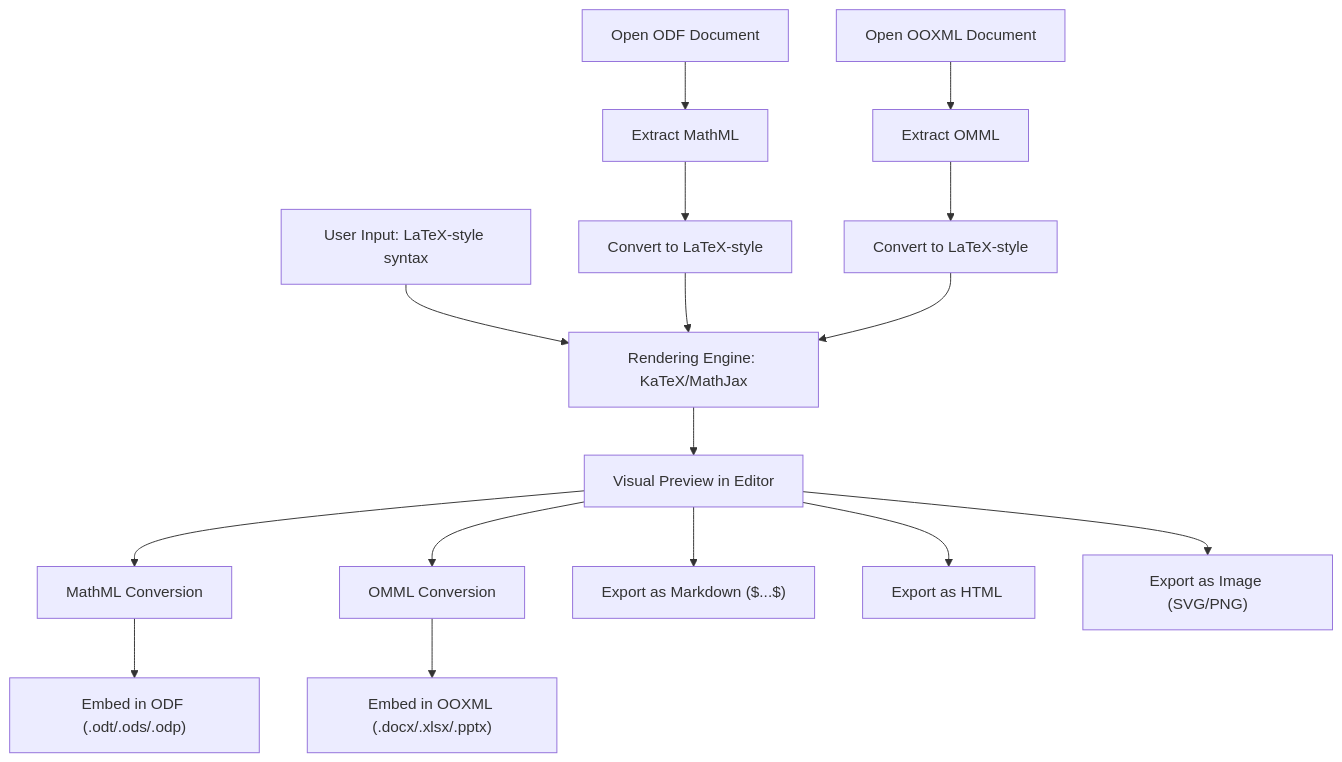
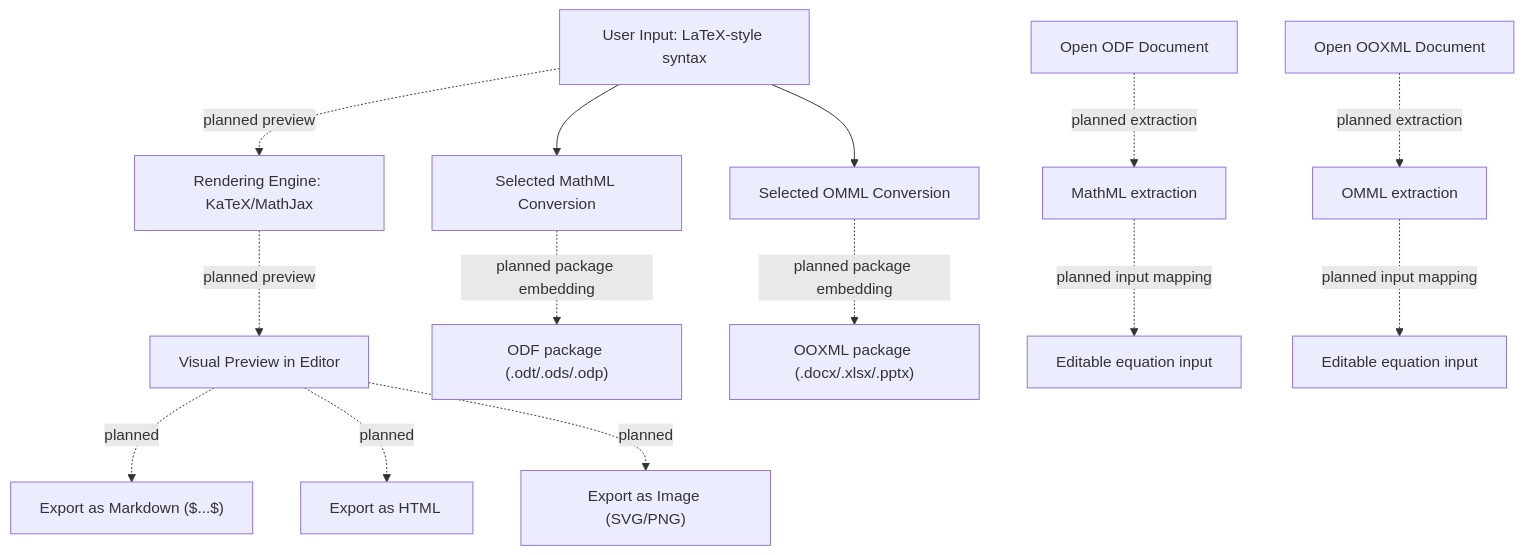
Before and after one commit to makerandreas/Papirus-Office: the diagram in CONCEPT.md, drawn with Mermaid. The commit also changed other lines of this file and 8 other files, not shown here.

````diff
--- a/CONCEPT.md
+++ b/CONCEPT.md
@@ -115,30 +134,24 @@
 ```mermaid
 flowchart TD
 
-    A[User Input: LaTeX-style syntax] --> B[Rendering Engine: KaTeX/MathJax]
-    B --> C[Visual Preview in Editor]
+    A[User Input: LaTeX-style syntax] -. planned preview .-> B[Rendering Engine: KaTeX/MathJax]
+    B -. planned preview .-> C[Visual Preview in Editor]
 
-    %% Conversion to ODF
-    C --> D1[MathML Conversion]
-    D1 --> E1["Embed in ODF (.odt/.ods/.odp)"]
+    %% Selected parser conversions exist; document persistence is future work
+    A --> D1[Selected MathML Conversion]
+    D1 -. planned package embedding .-> E1["ODF package (.odt/.ods/.odp)"]
+    A --> D2[Selected OMML Conversion]
+    D2 -. planned package embedding .-> E2["OOXML package (.docx/.xlsx/.pptx)"]
 
-    %% Conversion to OOXML
-    C --> D2[OMML Conversion]
-    D2 --> E2["Embed in OOXML (.docx/.xlsx/.pptx)"]
+    %% Package extraction and editor round trips are future work
+    F1[Open ODF Document] -. planned extraction .-> G1[MathML extraction]
+    G1 -. planned input mapping .-> H1[Editable equation input]
+    F2[Open OOXML Document] -. planned extraction .-> G2[OMML extraction]
+    G2 -. planned input mapping .-> H2[Editable equation input]
 
-    %% Extraction from ODF
-    F1[Open ODF Document] --> G1[Extract MathML]
-    G1 --> H1[Convert to LaTeX-style]
-    H1 --> B
-
-    %% Extraction from OOXML
-    F2[Open OOXML Document] --> G2[Extract OMML]
-    G2 --> H2[Convert to LaTeX-style]
-    H2 --> B
-
-    %% Export Options
-    C --> X1["Export as Markdown ($...$)"]
-    C --> X2["Export as HTML <math>"]
-    C --> X3["Export as Image (SVG/PNG)"]
+    %% Optional future exports
+    C -. planned .-> X1["Export as Markdown ($...$)"]
+    C -. planned .-> X2["Export as HTML <math>"]
+    C -. planned .-> X3["Export as Image (SVG/PNG)"]
 
 ```
````
